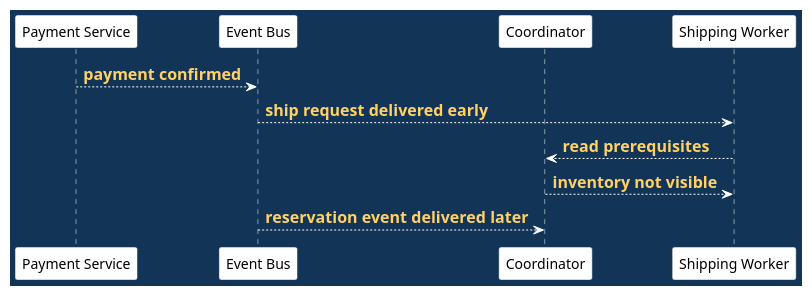
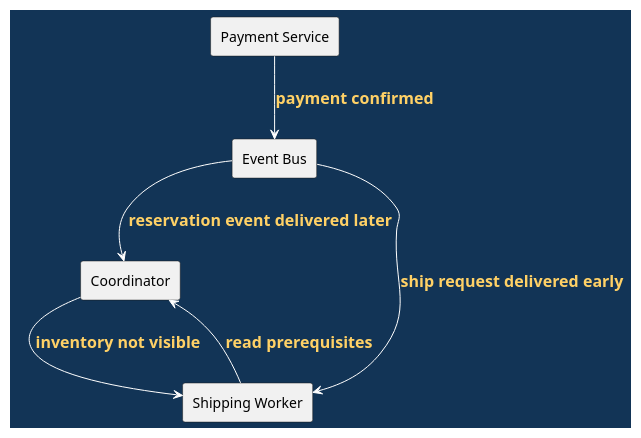
One commit to madajaju/CS5254 changed the ninth of 16 diagrams in doc/lectures/week5/ordering_constraints/README.slides.adoc. Above: the diagram before and after it, drawn with PlantUML. The commit also changed other lines of this file and 74 other files, not shown here.

```diff
--- a/doc/lectures/week5/ordering_constraints/README.slides.adoc
+++ b/doc/lectures/week5/ordering_constraints/README.slides.adoc
@@ -303,29 +303,29 @@
 [plantuml,out-of-order-delivery,svg,width=100%]
 ----
 @startuml
 skinparam BackgroundColor #123456
 skinparam DefaultFontColor black
 skinparam ArrowColor white
 skinparam ArrowFontColor #ffd166
 skinparam ArrowFontStyle bold
 skinparam ArrowFontSize 16
 skinparam shadowing false
 skinparam sequence {
   LifeLineBorderColor white
   LifeLineBackgroundColor white
   ParticipantBorderColor #123456
   ParticipantBackgroundColor white
   ParticipantFontColor black
 }
-participant "Payment Service" as P
-participant "Event Bus" as B
-participant "Coordinator" as C
-participant "Shipping Worker" as S
+rectangle "Payment Service" as P
+rectangle "Event Bus" as B
+rectangle "Coordinator" as C
+rectangle "Shipping Worker" as S
 
 P --> B : payment confirmed
 B --> S : ship request delivered early
 S --> C : read prerequisites
 C --> S : inventory not visible
 B --> C : reservation event delivered later
 @enduml
 ----
```
